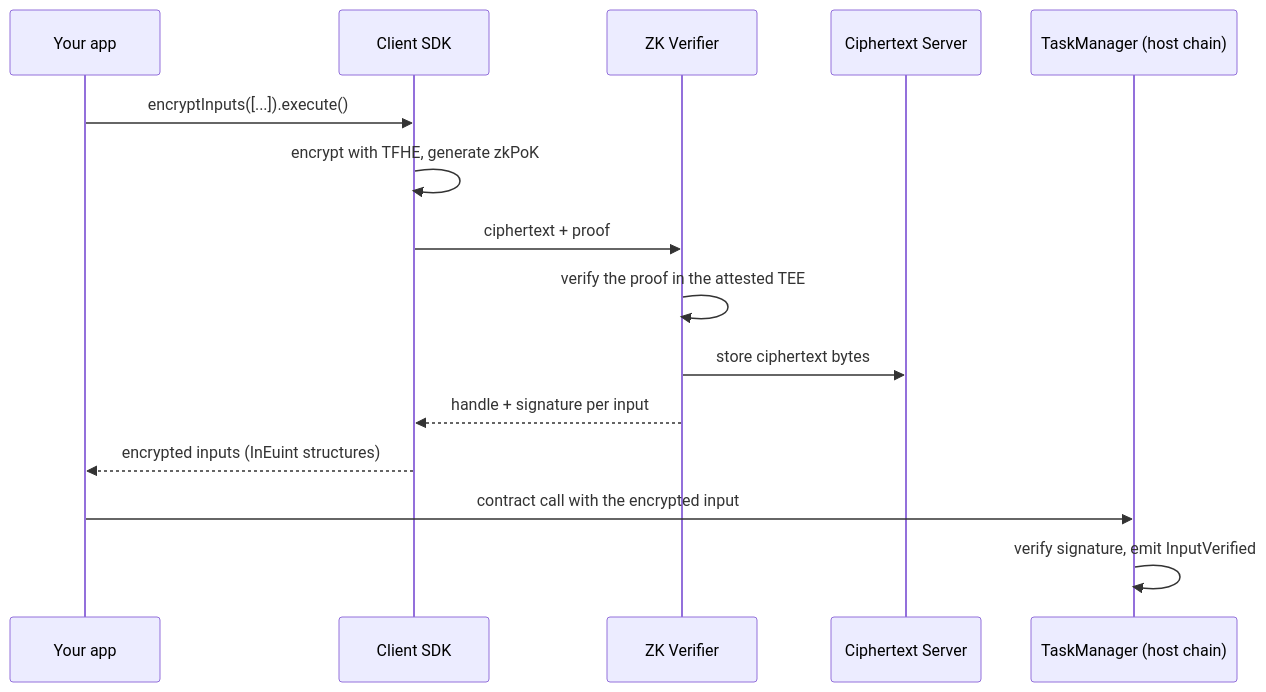
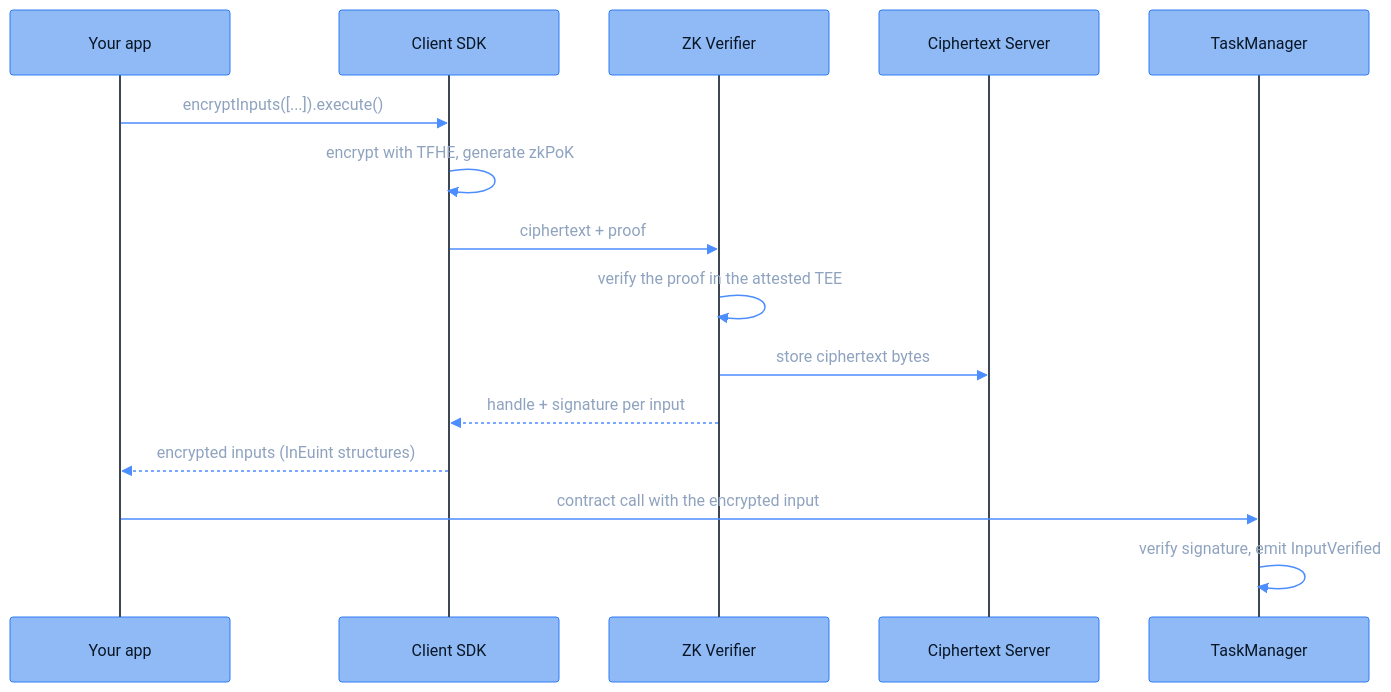
One commit to FhenixProtocol/fhenix-developer-docs changed the diagram in deep-dive/data-flows/encryption-request-flow.mdx. Above: the diagram before and after it, drawn with Mermaid. The commit also changed 8 other files, not shown here.

Commit message:
[DOCS] deep-dive: Mermaid house theme matching the diagram design system, stamped by scripts/sync-mermaid-theme.py

````diff
--- a/deep-dive/data-flows/encryption-request-flow.mdx
+++ b/deep-dive/data-flows/encryption-request-flow.mdx
@@ -20,18 +20,19 @@
 ```mermaid
+%%{init: {"theme": "base", "themeVariables": {"fontFamily": "Menlo, Monaco, Consolas, monospace", "fontSize": "13px", "primaryColor": "#8FBAF5", "primaryBorderColor": "#2E7CF6", "primaryTextColor": "#0A1626", "lineColor": "#4C8DFF", "signalColor": "#4C8DFF", "signalTextColor": "#8FA3BF", "actorBkg": "#8FBAF5", "actorBorder": "#2E7CF6", "actorTextColor": "#0A1626", "actorLineColor": "#3D4654", "noteBkgColor": "#14171C", "noteBorderColor": "#3D4654", "noteTextColor": "#AFC3DE", "activationBkgColor": "#1E3A5F", "activationBorderColor": "#4C8DFF", "clusterBkg": "#14171C", "clusterBorder": "#3D4654", "titleColor": "#E7EAEE", "edgeLabelBackground": "#8FBAF5", "textColor": "#AFC3DE", "labelTextColor": "#E7EAEE", "tertiaryColor": "#14171C", "loopTextColor": "#AFC3DE", "labelBoxBkgColor": "#1E3A5F", "labelBoxBorderColor": "#4C8DFF"}, "sequence": {"actorFontFamily": "Menlo, Monaco, Consolas, monospace", "messageFontFamily": "Menlo, Monaco, Consolas, monospace", "noteFontFamily": "Menlo, Monaco, Consolas, monospace", "width": 220}}}%%
 sequenceDiagram
     participant App as Your app
     participant SDK as Client SDK
     participant ZK as ZK Verifier
     participant CTS as Ciphertext Server
-    participant TM as TaskManager (host chain)
+    participant TM as TaskManager
 
     App->>SDK: encryptInputs([...]).execute()
     SDK->>SDK: encrypt with TFHE, generate zkPoK
     SDK->>ZK: ciphertext + proof
     ZK->>ZK: verify the proof in the attested TEE
     ZK->>CTS: store ciphertext bytes
     ZK-->>SDK: handle + signature per input
     SDK-->>App: encrypted inputs (InEuint structures)
     App->>TM: contract call with the encrypted input
     TM->>TM: verify signature, emit InputVerified
 ```
````
